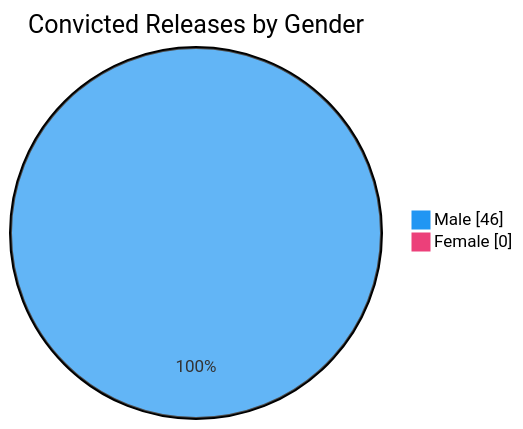
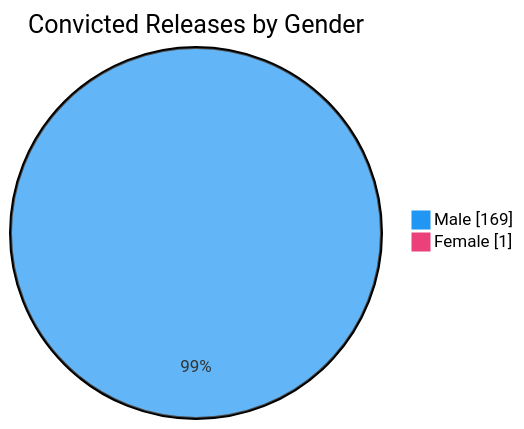
The sixth of 7 diagrams in README.md (nuuuwan/lk_prisons), drawn with Mermaid before and after one commit. The commit also changed other lines of this file and 1 other file, not shown here.

````diff
--- a/README.md
+++ b/README.md
@@ -98,6 +98,6 @@
 ```mermaid
 %%{init: {'themeVariables': {'pie1': '#2196F3', 'pie2': '#EC407A'}}}%%
 pie showData title Convicted Releases by Gender
-    "Male" : 46
-    "Female" : 0
+    "Male" : 169
+    "Female" : 1
 ```
````
